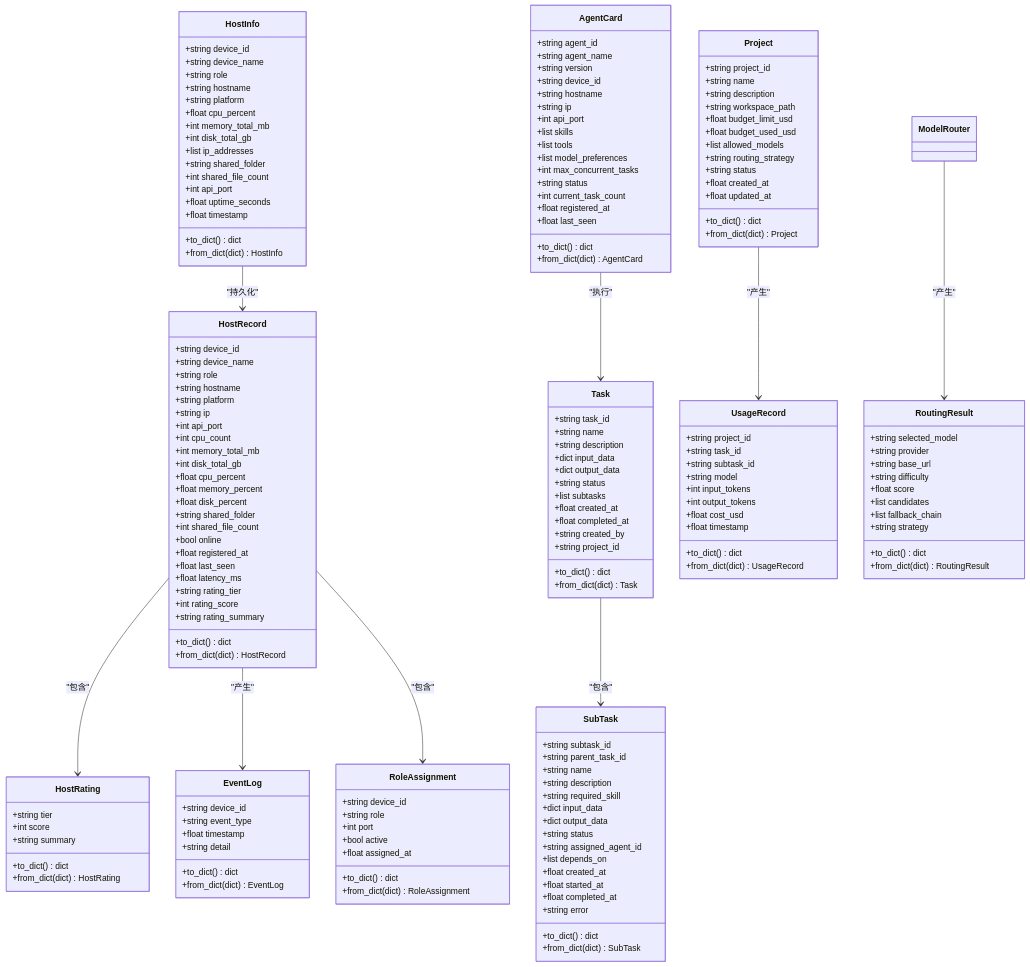
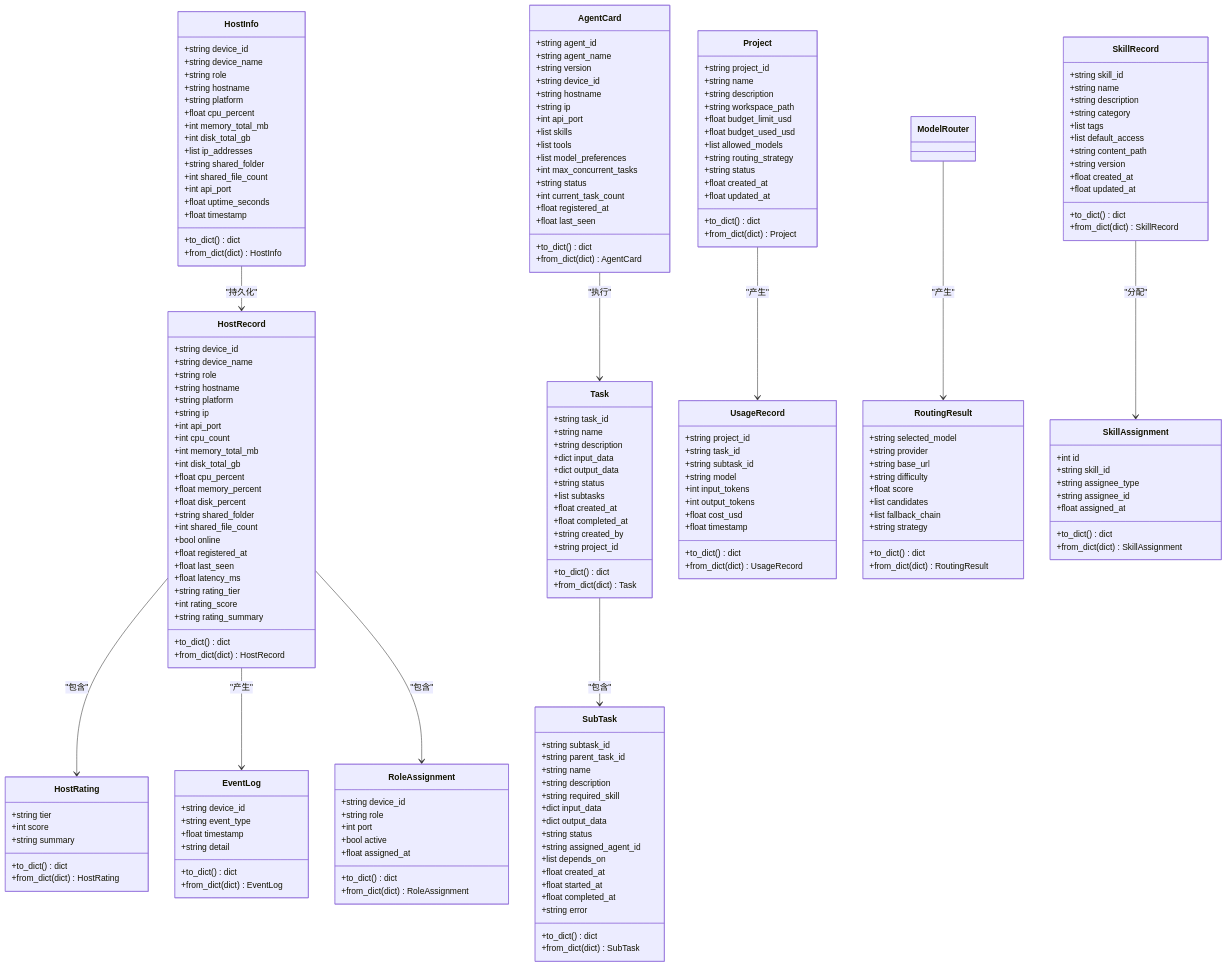
The third of 5 diagrams in .qoder/repowiki/zh/content/Web API 接口/Web API 接口.md (targalian/Personal-distributed-workstation), drawn with Mermaid before and after one commit. The commit also changed other lines of this file and 92 other files, not shown here.

````diff
--- a/.qoder/repowiki/zh/content/Web API 接口/Web API 接口.md
+++ b/.qoder/repowiki/zh/content/Web API 接口/Web API 接口.md
@@ -953,6 +1063,29 @@
 +to_dict() dict
 +from_dict(dict) RoleAssignment
 }
+class SkillRecord {
++string skill_id
++string name
++string description
++string category
++list tags
++list default_access
++string content_path
++string version
++float created_at
++float updated_at
++to_dict() dict
++from_dict(dict) SkillRecord
+}
+class SkillAssignment {
++int id
++string skill_id
++string assignee_type
++string assignee_id
++float assigned_at
++to_dict() dict
++from_dict(dict) SkillAssignment
+}
 HostInfo --> HostRecord : "持久化"
 HostRecord --> HostRating : "包含"
 AgentCard --> Task : "执行"
@@ -961,4 +1094,5 @@
 ModelRouter --> RoutingResult : "产生"
 HostRecord --> EventLog : "产生"
 HostRecord --> RoleAssignment : "包含"
+SkillRecord --> SkillAssignment : "分配"
 ```
````
